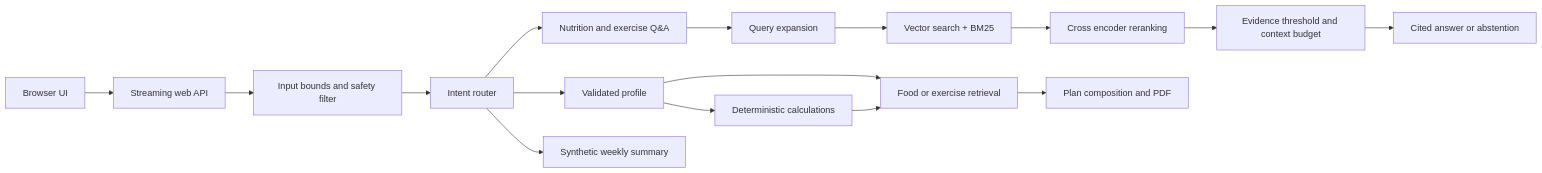
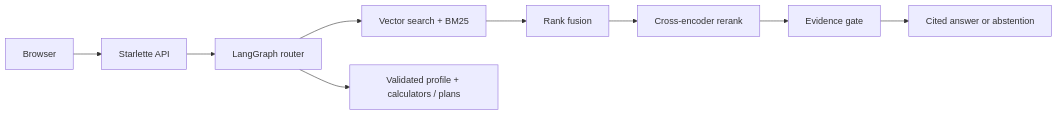
Before and after one commit to ripunjay-kashyap/zenic: the diagram in README.md, drawn with Mermaid. The commit also changed other lines of this file and 1 other file, not shown here.

````diff
--- a/README.md
+++ b/README.md
@@ -18,18 +27,11 @@
 ```mermaid
 flowchart LR
-    UI[Browser UI] --> API[Streaming web API]
-    API --> Safety[Input bounds and safety filter]
-    Safety --> Router[Intent router]
-    Router --> RAG[Nutrition and exercise Q&A]
-    RAG --> Expand[Query expansion]
-    Expand --> Hybrid[Vector search + BM25]
-    Hybrid --> Rank[Cross encoder reranking]
-    Rank --> Evidence[Evidence threshold and context budget]
-    Evidence --> Answer[Cited answer or abstention]
-    Router --> Profile[Validated profile]
-    Profile --> Calc[Deterministic calculations]
-    Profile --> Plans[Food or exercise retrieval]
-    Calc --> Plans
-    Plans --> PDF[Plan composition and PDF]
-    Router --> Demo[Synthetic weekly summary]
+    Browser --> API[Starlette API]
+    API --> Router[LangGraph router]
+    Router --> Search[Vector search + BM25]
+    Search --> Fusion[Rank fusion]
+    Fusion --> Rerank[Cross-encoder rerank]
+    Rerank --> Gate[Evidence gate]
+    Gate --> Answer[Cited answer or abstention]
+    Router --> Tools[Validated profile + calculators / plans]
 ```
````
